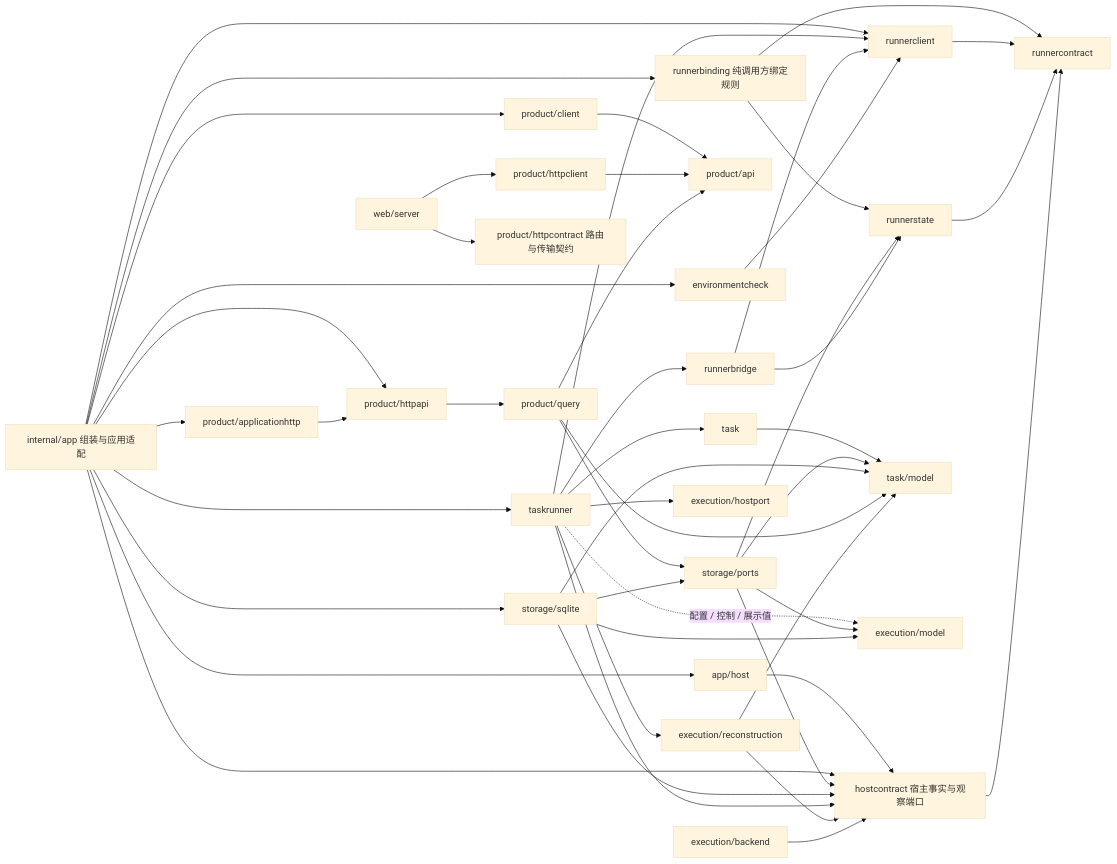
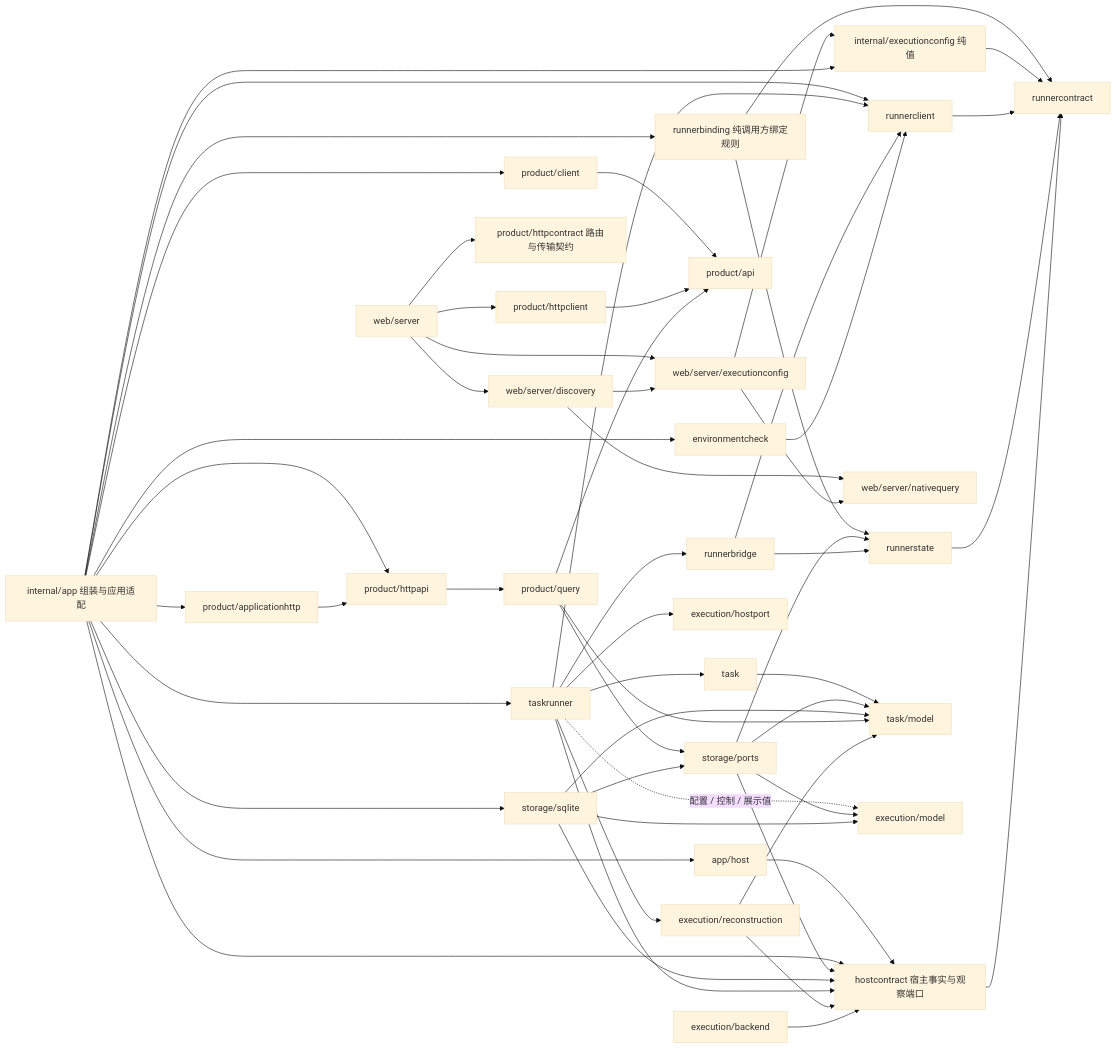
Before and after one commit to erranliu/SteerLine: the second of 3 diagrams in docs/architecture/current-code-architecture.md, drawn with Mermaid (base theme). The commit also changed other lines of this file and 61 other files, not shown here.

````diff
--- a/docs/architecture/current-code-architecture.md
+++ b/docs/architecture/current-code-architecture.md
@@ -54,50 +59,58 @@
 ```mermaid
 flowchart LR
     App[internal/app 组装与应用适配] --> Host[app/host]
     Host --> HS[hostcontract 宿主事实与观察端口]
     App --> HS
     App --> AH[product/applicationhttp]
     App --> HA[product/httpapi]
     App --> Client[product/client]
     App --> TaskRunner[taskrunner]
     App --> SQLite[storage/sqlite]
     App --> RC[runnerclient]
     App --> EC[environmentcheck]
     App --> RB[runnerbinding 纯调用方绑定规则]
     RB --> Contract[runnercontract]
     RB --> RS[runnerstate]
     WebServer[web/server] --> HC[product/httpclient]
     WebServer --> HContract[product/httpcontract 路由与传输契约]
+    WebServer --> WebConfig[web/server/executionconfig]
+    WebServer --> Discovery[web/server/discovery]
+    Discovery --> WebConfig
+    Discovery --> NQ[web/server/nativequery]
+    WebConfig --> NQ
+    WebConfig --> ConfigValue[internal/executionconfig 纯值]
+    App --> ConfigValue
+    ConfigValue --> Contract
     AH --> HA
     HA --> Q[product/query]
     Client --> API[product/api]
     HC --> API
     Q --> API
     Q --> Ports[storage/ports]
     SQLite --> Ports
     Ports --> RS
     TaskRunner --> Task[task]
     Task --> TM[task/model]
     Ports --> TM
     Ports --> HS
     SQLite --> TM
     SQLite --> HS
     Q --> TM
     TaskRunner --> Bridge[runnerbridge]
     TaskRunner --> RC
     Bridge --> RC
     EC --> RC
     RC --> Contract[runnercontract]
     Bridge --> RS[runnerstate]
     RS --> Contract
     TaskRunner -. 配置 / 控制 / 展示值 .-> EM[execution/model]
     TaskRunner --> Recon[execution/reconstruction]
     TaskRunner --> HP[execution/hostport]
     TaskRunner --> HS
     Recon --> HS
     Recon --> TM
     EB[execution/backend] --> HS
     HS --> Contract
     Ports --> EM
     SQLite --> EM
 ```
````
